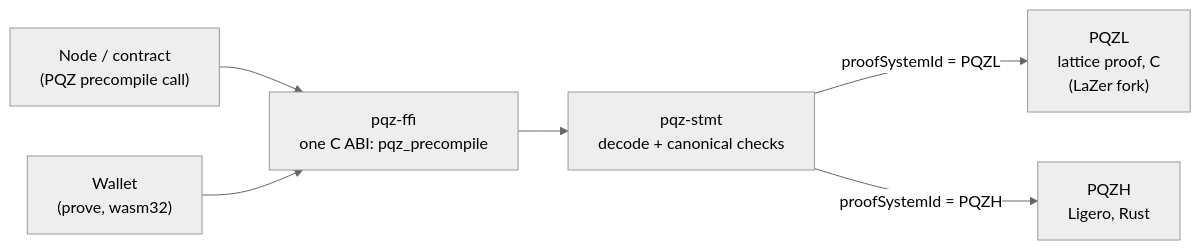
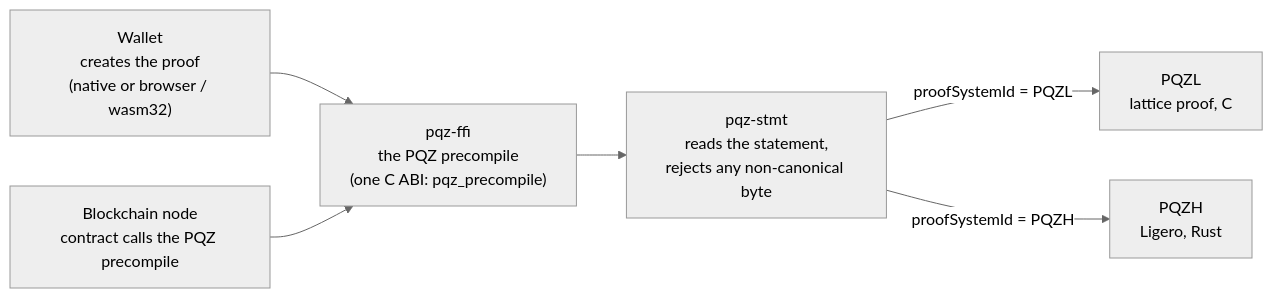
The first of 2 diagrams in pqz-core/README.md (dinhduongha/scaas), drawn with Mermaid (neutral theme) before and after one commit. The commit also changed other lines of this file, not shown here.

Commit message:
pqz-core README: plainer intro, glossary, clearer sections 1-6 and 9; mermaid directory overview (owner 2026-10-18)

````diff
--- a/pqz-core/README.md
+++ b/pqz-core/README.md
@@ -28,8 +52,8 @@
 ```mermaid
 flowchart LR
-  N["Node / contract<br/>(PQZ precompile call)"] --> F["pqz-ffi<br/>one C ABI: pqz_precompile"]
-  W["Wallet<br/>(prove, wasm32)"] --> F
-  F --> S["pqz-stmt<br/>decode + canonical checks"]
-  S -- "proofSystemId = PQZL" --> L["PQZL<br/>lattice proof, C<br/>(LaZer fork)"]
+  W["Wallet<br/>creates the proof<br/>(native or browser / wasm32)"] --> F
+  N["Blockchain node<br/>contract calls the PQZ precompile"] --> F["pqz-ffi<br/>the PQZ precompile<br/>(one C ABI: pqz_precompile)"]
+  F --> S["pqz-stmt<br/>reads the statement,<br/>rejects any non-canonical byte"]
+  S -- "proofSystemId = PQZL" --> L["PQZL<br/>lattice proof, C"]
   S -- "proofSystemId = PQZH" --> H["PQZH<br/>Ligero, Rust"]
 ```
````
